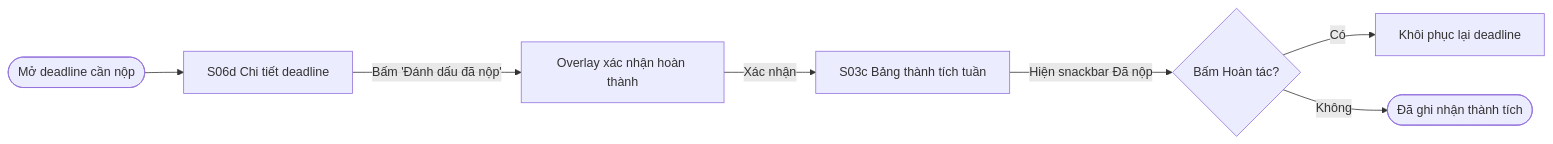
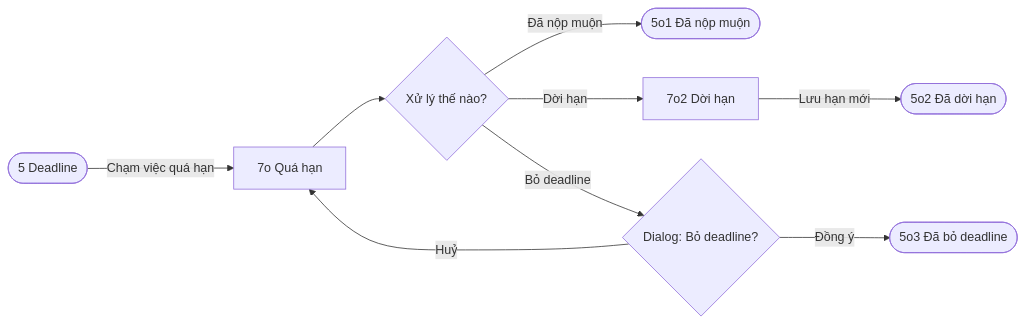
Before and after one commit to FU-PRM-Projects/prm393-lab2-group9: the ninth of 17 diagrams in ux/user-flow.md, drawn with Mermaid. The commit also changed other lines of this file and 7 other files, not shown here.

Commit message:
docs: align flows, screens, tokens and handoff with Figma

````diff
--- a/ux/user-flow.md
+++ b/ux/user-flow.md
@@ -175,9 +341,11 @@
 ```mermaid
 flowchart LR
-  A([Mở deadline cần nộp]) --> B["S06d Chi tiết deadline"]
-  B -- Bấm 'Đánh dấu đã nộp' --> C["Overlay xác nhận hoàn thành"]
-  C -- Xác nhận --> D["S03c Bảng thành tích tuần"]
-  D -- Hiện snackbar Đã nộp --> E{"Bấm Hoàn tác?"}
-  E -- Có --> F["Khôi phục lại deadline"]
-  E -- Không --> G([Đã ghi nhận thành tích])
+  A(["5 Deadline"]) -- Chạm việc quá hạn --> O["7o Quá hạn"]
+  O --> Q{Xử lý thế nào?}
+  Q -- Đã nộp muộn --> L(["5o1 Đã nộp muộn"])
+  Q -- Dời hạn --> D["7o2 Dời hạn"]
+  D -- Lưu hạn mới --> M(["5o2 Đã dời hạn"])
+  Q -- Bỏ deadline --> B{"Dialog: Bỏ deadline?"}
+  B -- Đồng ý --> X(["5o3 Đã bỏ deadline"])
+  B -- Huỷ --> O
 ```
````
